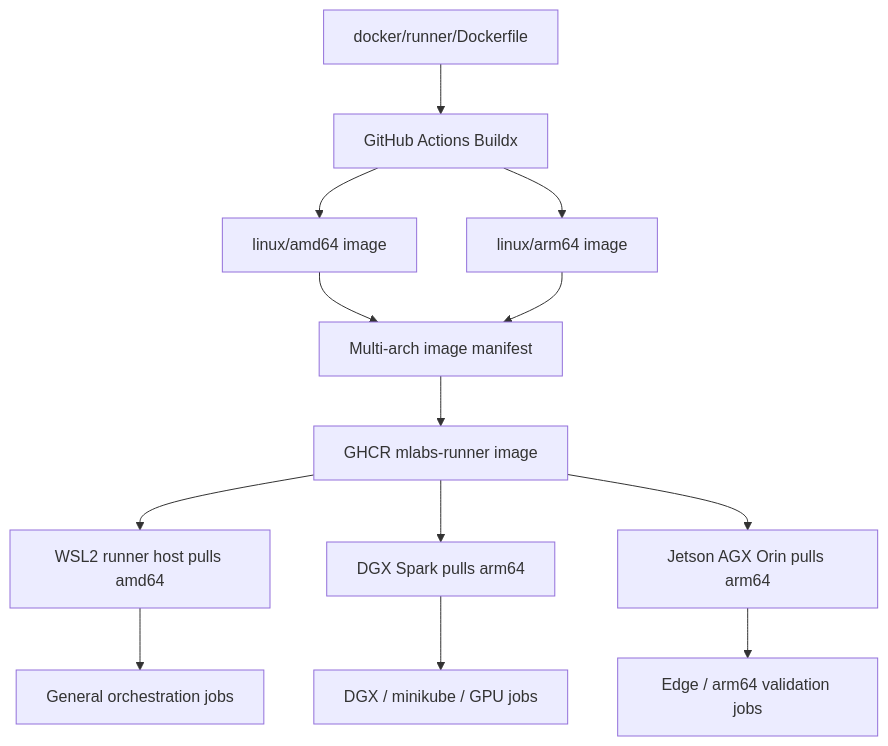
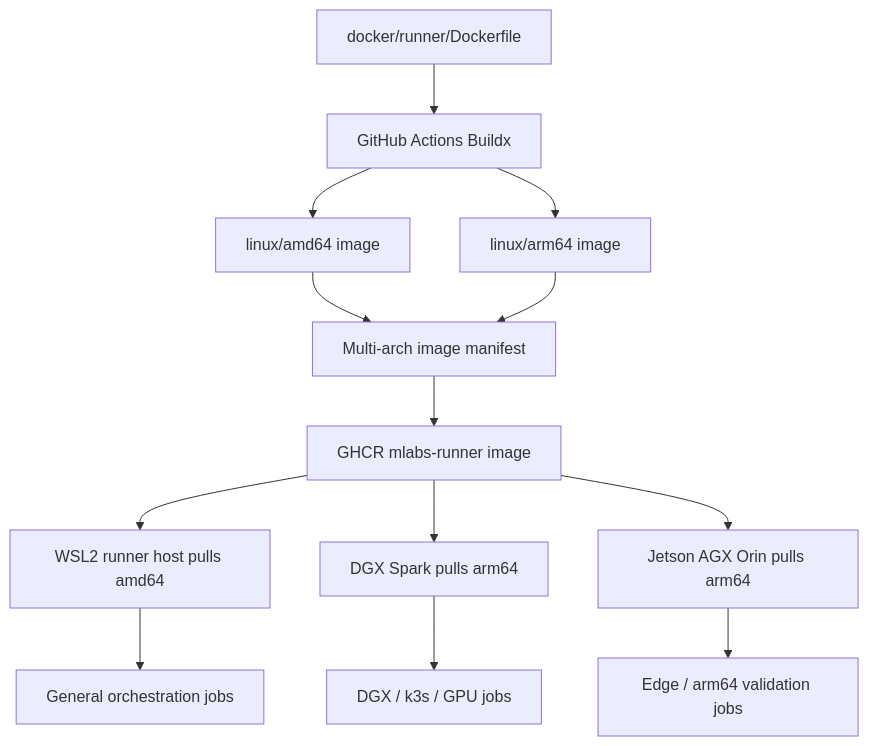
Before and after one commit to miramar-labs-org/miramar-platform-gcp: the third of 6 diagrams in docs/diagrams.md, drawn with Mermaid. The commit also changed other lines of this file and 17 other files, not shown here.

````diff
--- a/docs/diagrams.md
+++ b/docs/diagrams.md
@@ -72,17 +72,17 @@
 ```mermaid
 flowchart TD
     Dockerfile["docker/runner/Dockerfile"] --> Buildx["GitHub Actions Buildx"]
     Buildx --> AMD64["linux/amd64 image"]
     Buildx --> ARM64["linux/arm64 image"]
     AMD64 --> Manifest["Multi-arch image manifest"]
     ARM64 --> Manifest
     Manifest --> GHCR["GHCR mlabs-runner image"]
 
     GHCR --> WSL2["WSL2 runner host pulls amd64"]
     GHCR --> DGX["DGX Spark pulls arm64"]
     GHCR --> AGX["Jetson AGX Orin pulls arm64"]
 
     WSL2 --> Jobs1["General orchestration jobs"]
-    DGX --> Jobs2["DGX / minikube / GPU jobs"]
+    DGX --> Jobs2["DGX / k3s / GPU jobs"]
     AGX --> Jobs3["Edge / arm64 validation jobs"]
 ```
````
